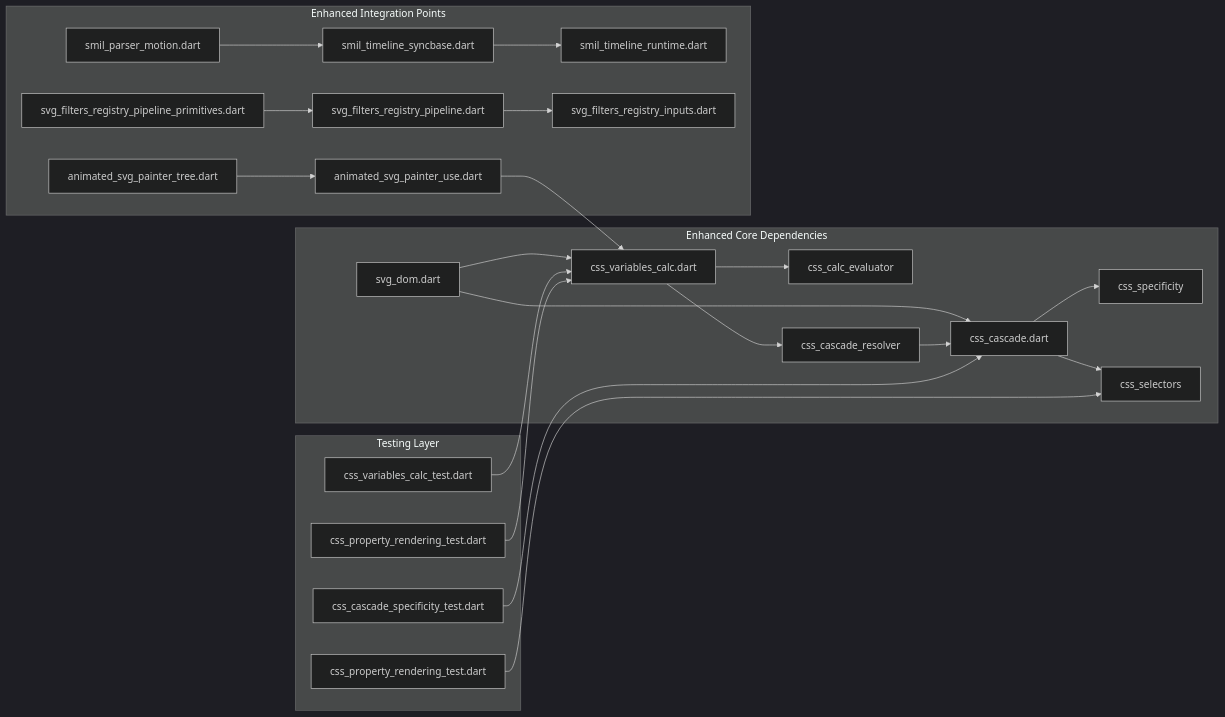
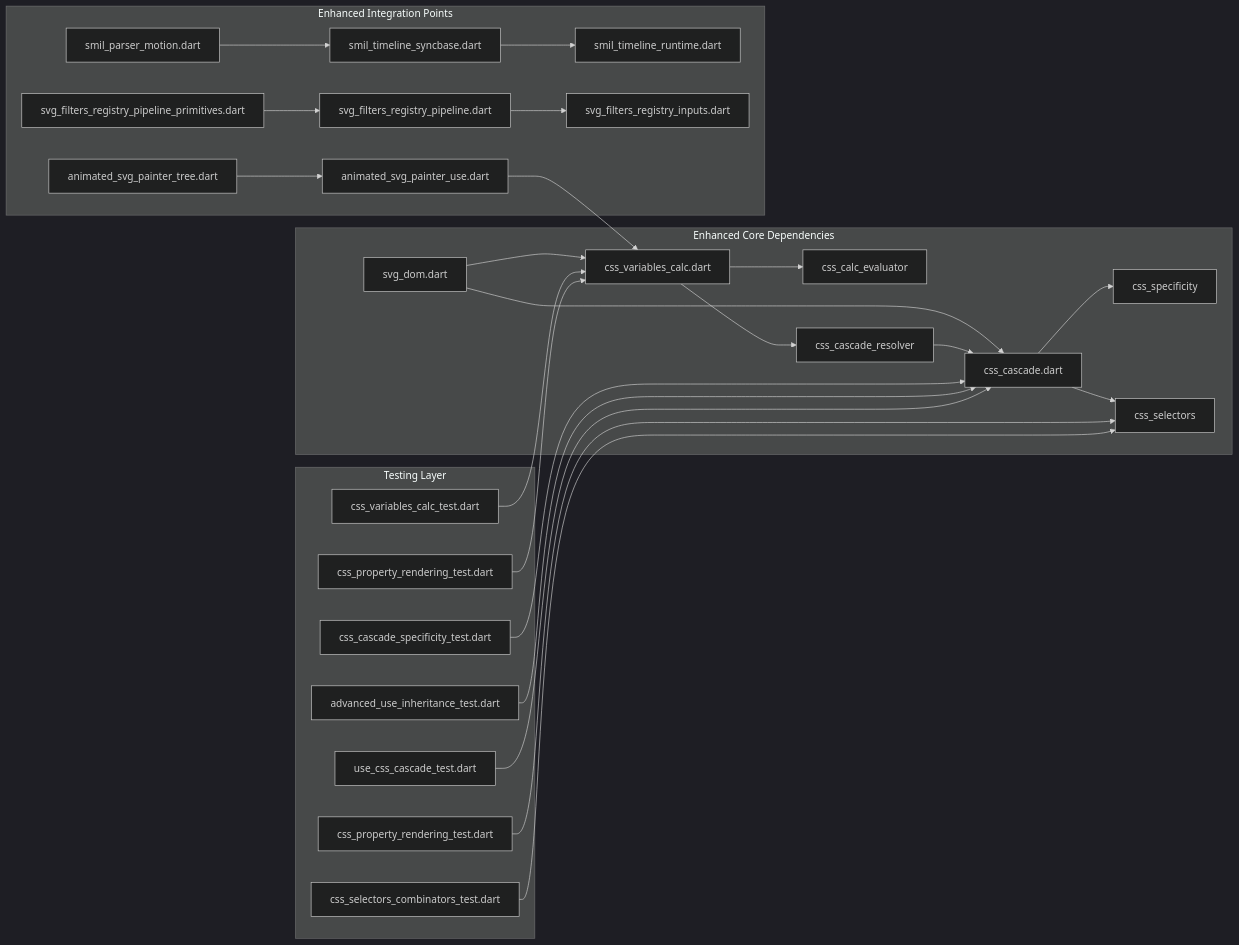
The ninth of 9 diagrams in .qoder/repowiki/en/content/Animated SVG Support/Advanced Animation Features/Enhanced CSS Variables and Calculations/Enhanced CSS Variables and Calculations.md (denisnadey/flutter_full_svg_support), drawn with Mermaid (dark theme) before and after one commit. The commit also changed other lines of this file and 10 other files, not shown here.

````diff
--- a/.qoder/repowiki/en/content/Animated SVG Support/Advanced Animation Features/Enhanced CSS Variables and Calculations/Enhanced CSS Variables and Calculations.md
+++ b/.qoder/repowiki/en/content/Animated SVG Support/Advanced Animation Features/Enhanced CSS Variables and Calculations/Enhanced CSS Variables and Calculations.md
@@ -656,26 +667,29 @@
 ```mermaid
 graph LR
 subgraph "Enhanced Core Dependencies"
 A["svg_dom.dart"] --> B["css_variables_calc.dart"]
 A --> C["css_cascade.dart"]
 B --> D["css_calc_evaluator"]
 C --> E["css_specificity"]
 C --> F["css_selectors"]
 B --> G["css_cascade_resolver"]
 G --> C
 end
 subgraph "Enhanced Integration Points"
 H["animated_svg_painter_use.dart"] --> B
 I["animated_svg_painter_tree.dart"] --> H
 J["smil_parser_motion.dart"] --> K["smil_timeline_syncbase.dart"]
 K --> L["smil_timeline_runtime.dart"]
 M["svg_filters_registry_pipeline_primitives.dart"] --> N["svg_filters_registry_pipeline.dart"]
 N --> O["svg_filters_registry_inputs.dart"]
 end
 subgraph "Testing Layer"
 P["css_variables_calc_test.dart"] --> B
 Q["css_property_rendering_test.dart"] --> B
 R["css_cascade_specificity_test.dart"] --> C
 S["css_property_rendering_test.dart"] --> F
+T["advanced_use_inheritance_test.dart"] --> C
+U["use_css_cascade_test.dart"] --> C
+V["css_selectors_combinators_test.dart"] --> F
 end
 ```
````
